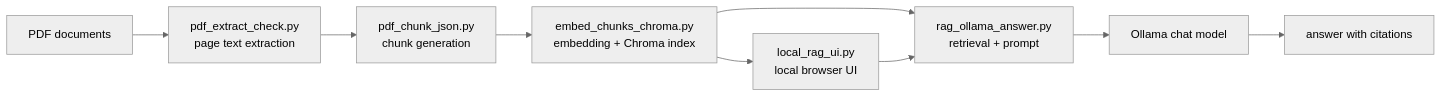
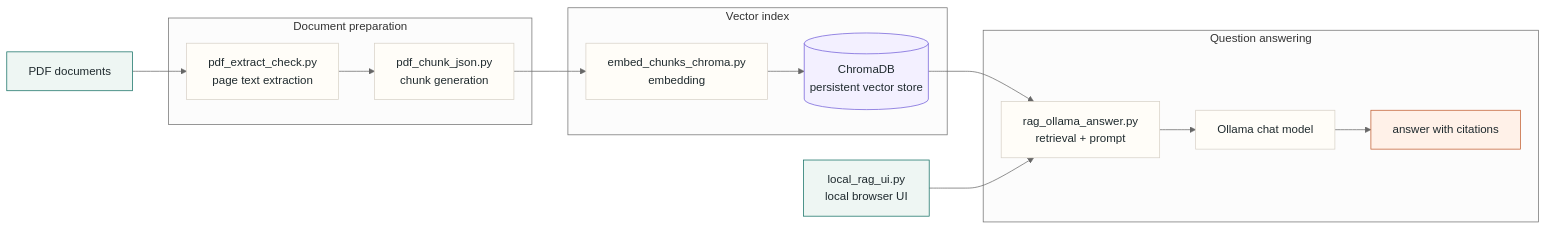
One commit to johnoh354/NurPT changed the diagram in README.md. Above: the diagram before and after it, drawn with Mermaid (neutral theme).

Commit message:
Improve README architecture diagram

````diff
--- a/README.md
+++ b/README.md
@@ -30,11 +30,35 @@
 ```mermaid
 flowchart LR
-    A["PDF documents"] --> B["pdf_extract_check.py<br/>page text extraction"]
-    B --> C["pdf_chunk_json.py<br/>chunk generation"]
-    C --> D["embed_chunks_chroma.py<br/>embedding + Chroma index"]
-    D --> E["rag_ollama_answer.py<br/>retrieval + prompt"]
-    E --> F["Ollama chat model"]
-    F --> G["answer with citations"]
-    D --> H["local_rag_ui.py<br/>local browser UI"]
-    H --> E
+    A["PDF documents"]
+
+    subgraph Prep["Document preparation"]
+        B["pdf_extract_check.py<br/>page text extraction"]
+        C["pdf_chunk_json.py<br/>chunk generation"]
+    end
+
+    subgraph Index["Vector index"]
+        D["embed_chunks_chroma.py<br/>embedding"]
+        E[("ChromaDB<br/>persistent vector store")]
+    end
+
+    subgraph QA["Question answering"]
+        F["rag_ollama_answer.py<br/>retrieval + prompt"]
+        G["Ollama chat model"]
+        H["answer with citations"]
+    end
+
+    I["local_rag_ui.py<br/>local browser UI"]
+
+    A --> B --> C --> D --> E --> F --> G --> H
+    I --> F
+
+    classDef source fill:#eef6f3,stroke:#0f6d61,color:#1f2a2e;
+    classDef process fill:#fffdf8,stroke:#d7d1c7,color:#1f2a2e;
+    classDef store fill:#f3f0ff,stroke:#6f5bd8,color:#1f2a2e;
+    classDef output fill:#fff1e8,stroke:#c05a2b,color:#1f2a2e;
+
+    class A,I source;
+    class B,C,D,F,G process;
+    class E store;
+    class H output;
 ```
````
